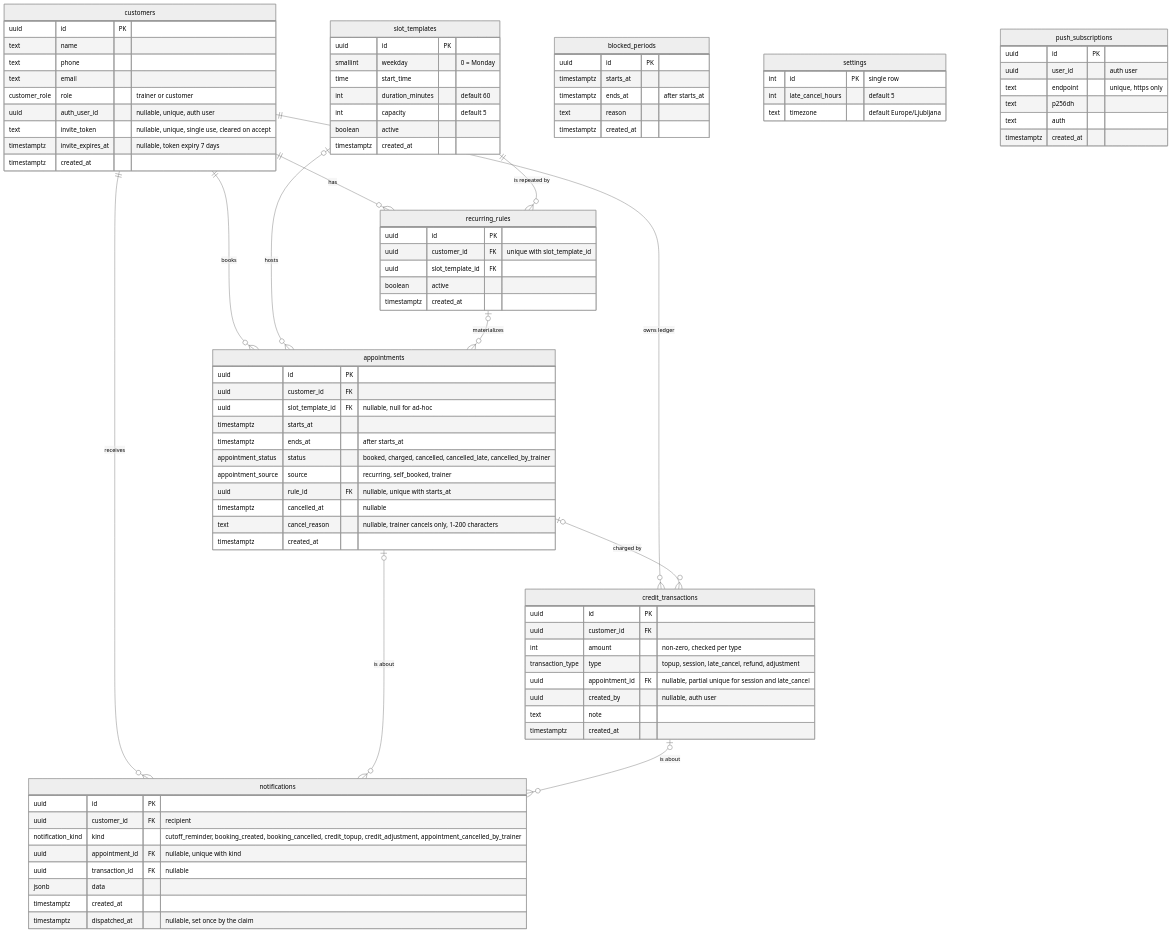
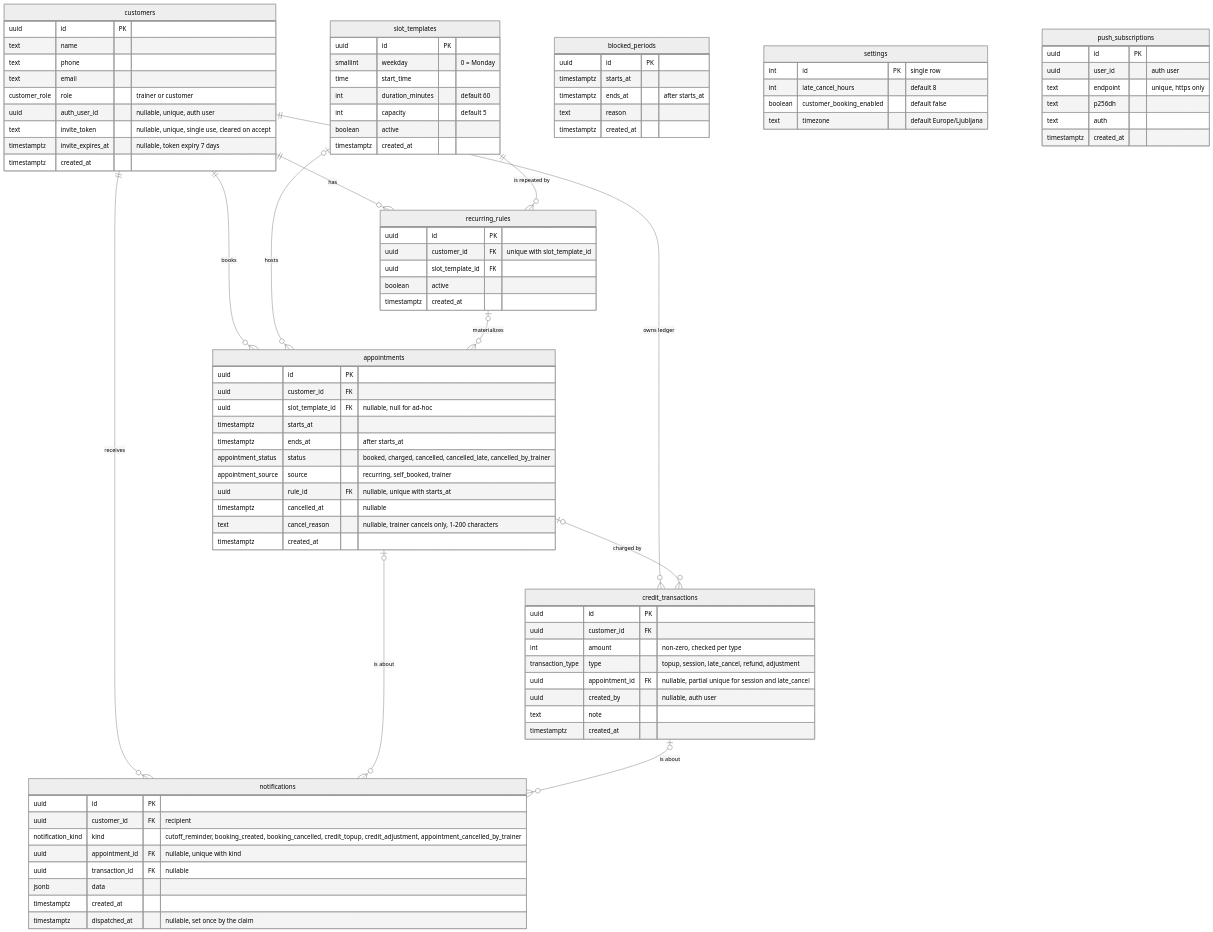
Before and after one commit to JasaGlazar/amrap: the diagram in docs/architecture/data-model.md, drawn with Mermaid (neutral theme). The commit also changed 20 other files, not shown here.

First line of the commit message:
feat: turn customer booking off by a setting and set the cutoff to 8 hours

```diff
--- a/docs/architecture/data-model.md
+++ b/docs/architecture/data-model.md
@@ -76,7 +76,8 @@
     }
     settings {
         int id PK "single row"
-        int late_cancel_hours "default 5"
+        int late_cancel_hours "default 8"
+        boolean customer_booking_enabled "default false"
         text timezone "default Europe/Ljubljana"
     }
     push_subscriptions {
```
